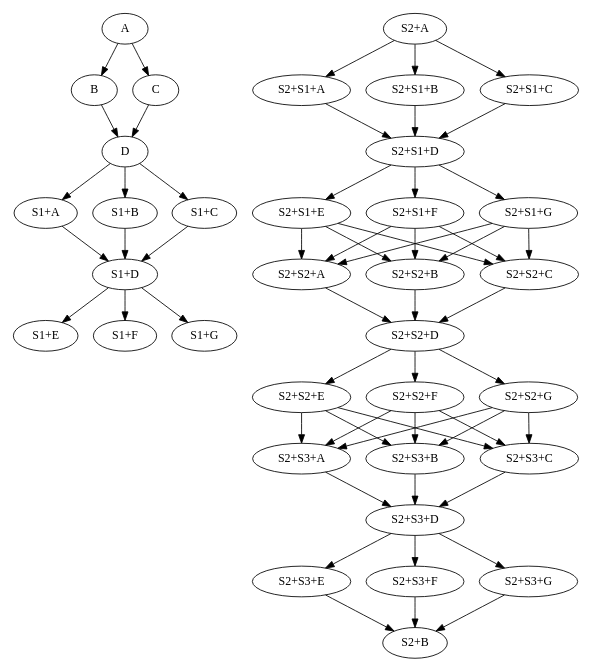
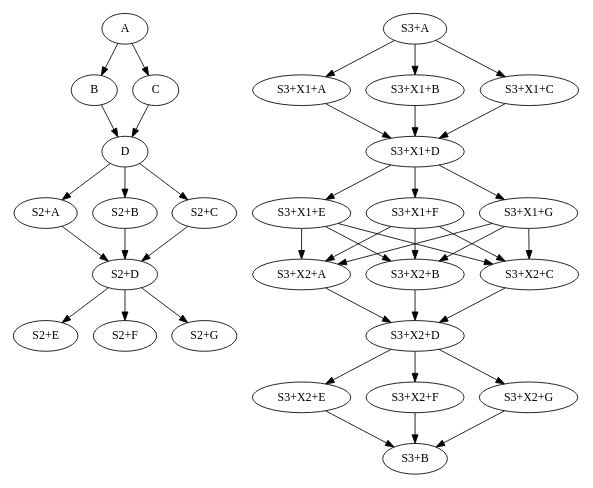
One commit to htcondor/htcondor changed the diagram in doc/user-man/splice-complex.dot. Above: the diagram before and after it, drawn with Graphviz. The commit also changed 6 other files, not shown here.

```diff
--- a/doc/user-man/splice-complex.dot
+++ b/doc/user-man/splice-complex.dot
@@ -1,94 +1,76 @@
 digraph DAG {
 	size = "6,7"
 
     "A" [shape=ellipse label="A"];
     "B" [shape=ellipse label="B"];
     "C" [shape=ellipse label="C"];
     "D" [shape=ellipse label="D"];
+
     "S2+A" [shape=ellipse label="S2+A"];
     "S2+B" [shape=ellipse label="S2+B"];
-    "S2+S2+A" [shape=ellipse label="S2+S2+A"];
-    "S2+S2+B" [shape=ellipse label="S2+S2+B"];
-    "S2+S2+C" [shape=ellipse label="S2+S2+C"];
-    "S2+S2+D" [shape=ellipse label="S2+S2+D"];
-    "S2+S2+E" [shape=ellipse label="S2+S2+E"];
-    "S2+S2+F" [shape=ellipse label="S2+S2+F"];
-    "S2+S2+G" [shape=ellipse label="S2+S2+G"];
-    "S2+S3+A" [shape=ellipse label="S2+S3+A"];
-    "S2+S3+B" [shape=ellipse label="S2+S3+B"];
-    "S2+S3+C" [shape=ellipse label="S2+S3+C"];
-    "S2+S3+D" [shape=ellipse label="S2+S3+D"];
-    "S2+S3+E" [shape=ellipse label="S2+S3+E"];
-    "S2+S3+F" [shape=ellipse label="S2+S3+F"];
-    "S2+S3+G" [shape=ellipse label="S2+S3+G"];
-    "S2+S1+A" [shape=ellipse label="S2+S1+A"];
-    "S2+S1+B" [shape=ellipse label="S2+S1+B"];
-    "S2+S1+C" [shape=ellipse label="S2+S1+C"];
-    "S2+S1+D" [shape=ellipse label="S2+S1+D"];
-    "S2+S1+E" [shape=ellipse label="S2+S1+E"];
-    "S2+S1+F" [shape=ellipse label="S2+S1+F"];
-    "S2+S1+G" [shape=ellipse label="S2+S1+G"];
-    "S1+A" [shape=ellipse label="S1+A"];
-    "S1+B" [shape=ellipse label="S1+B"];
-    "S1+C" [shape=ellipse label="S1+C"];
-    "S1+D" [shape=ellipse label="S1+D"];
-    "S1+E" [shape=ellipse label="S1+E"];
-    "S1+F" [shape=ellipse label="S1+F"];
-    "S1+G" [shape=ellipse label="S1+G"];
+    "S2+C" [shape=ellipse label="S2+C"];
+    "S2+D" [shape=ellipse label="S2+D"];
+    "S2+E" [shape=ellipse label="S2+E"];
+    "S2+F" [shape=ellipse label="S2+F"];
+    "S2+G" [shape=ellipse label="S2+G"];
+
+    "S3+A" [shape=ellipse label="S3+A"];
+    "S3+B" [shape=ellipse label="S3+B"];
+    "S3+X1+A" [shape=ellipse label="S3+X1+A"];
+    "S3+X1+B" [shape=ellipse label="S3+X1+B"];
+    "S3+X1+C" [shape=ellipse label="S3+X1+C"];
+    "S3+X1+D" [shape=ellipse label="S3+X1+D"];
+    "S3+X1+E" [shape=ellipse label="S3+X1+E"];
+    "S3+X1+F" [shape=ellipse label="S3+X1+F"];
+    "S3+X1+G" [shape=ellipse label="S3+X1+G"];
+    "S3+X2+A" [shape=ellipse label="S3+X2+A"];
+    "S3+X2+B" [shape=ellipse label="S3+X2+B"];
+    "S3+X2+C" [shape=ellipse label="S3+X2+C"];
+    "S3+X2+D" [shape=ellipse label="S3+X2+D"];
+    "S3+X2+E" [shape=ellipse label="S3+X2+E"];
+    "S3+X2+F" [shape=ellipse label="S3+X2+F"];
+    "S3+X2+G" [shape=ellipse label="S3+X2+G"];
 
     "A" -> "B";
     "A" -> "C";
     "B" -> "D";
     "C" -> "D";
-    "D" -> "S1+A";
-    "D" -> "S1+B";
-    "D" -> "S1+C";
-    "S2+A" -> "S2+S1+A";
-    "S2+A" -> "S2+S1+B";
-    "S2+A" -> "S2+S1+C";
-    "S2+S2+A" -> "S2+S2+D";
-    "S2+S2+B" -> "S2+S2+D";
-    "S2+S2+C" -> "S2+S2+D";
-    "S2+S2+D" -> "S2+S2+E";
-    "S2+S2+D" -> "S2+S2+F";
-    "S2+S2+D" -> "S2+S2+G";
-    "S2+S2+E" -> "S2+S3+A";
-    "S2+S2+E" -> "S2+S3+B";
-    "S2+S2+E" -> "S2+S3+C";
-    "S2+S2+F" -> "S2+S3+A";
-    "S2+S2+F" -> "S2+S3+B";
-    "S2+S2+F" -> "S2+S3+C";
-    "S2+S2+G" -> "S2+S3+A";
-    "S2+S2+G" -> "S2+S3+B";
-    "S2+S2+G" -> "S2+S3+C";
-    "S2+S3+A" -> "S2+S3+D";
-    "S2+S3+B" -> "S2+S3+D";
-    "S2+S3+C" -> "S2+S3+D";
-    "S2+S3+D" -> "S2+S3+E";
-    "S2+S3+D" -> "S2+S3+F";
-    "S2+S3+D" -> "S2+S3+G";
-    "S2+S3+E" -> "S2+B";
-    "S2+S3+F" -> "S2+B";
-    "S2+S3+G" -> "S2+B";
-    "S2+S1+A" -> "S2+S1+D";
-    "S2+S1+B" -> "S2+S1+D";
-    "S2+S1+C" -> "S2+S1+D";
-    "S2+S1+D" -> "S2+S1+E";
-    "S2+S1+D" -> "S2+S1+F";
-    "S2+S1+D" -> "S2+S1+G";
-    "S2+S1+E" -> "S2+S2+A";
-    "S2+S1+E" -> "S2+S2+B";
-    "S2+S1+E" -> "S2+S2+C";
-    "S2+S1+F" -> "S2+S2+A";
-    "S2+S1+F" -> "S2+S2+B";
-    "S2+S1+F" -> "S2+S2+C";
-    "S2+S1+G" -> "S2+S2+A";
-    "S2+S1+G" -> "S2+S2+B";
-    "S2+S1+G" -> "S2+S2+C";
-    "S1+A" -> "S1+D";
-    "S1+B" -> "S1+D";
-    "S1+C" -> "S1+D";
-    "S1+D" -> "S1+E";
-    "S1+D" -> "S1+F";
-    "S1+D" -> "S1+G";
+    "D" -> "S2+A";
+    "D" -> "S2+B";
+    "D" -> "S2+C";
+    "S2+A" -> "S2+D";
+    "S2+B" -> "S2+D";
+    "S2+C" -> "S2+D";
+    "S2+D" -> "S2+E";
+    "S2+D" -> "S2+F";
+    "S2+D" -> "S2+G";
+
+    "S3+A" -> "S3+X1+A";
+    "S3+A" -> "S3+X1+B";
+    "S3+A" -> "S3+X1+C";
+    "S3+X1+A" -> "S3+X1+D";
+    "S3+X1+B" -> "S3+X1+D";
+    "S3+X1+C" -> "S3+X1+D";
+    "S3+X1+D" -> "S3+X1+E";
+    "S3+X1+D" -> "S3+X1+F";
+    "S3+X1+D" -> "S3+X1+G";
+    "S3+X1+E" -> "S3+X2+A";
+    "S3+X1+E" -> "S3+X2+B";
+    "S3+X1+E" -> "S3+X2+C";
+    "S3+X1+F" -> "S3+X2+A";
+    "S3+X1+F" -> "S3+X2+B";
+    "S3+X1+F" -> "S3+X2+C";
+    "S3+X1+G" -> "S3+X2+A";
+    "S3+X1+G" -> "S3+X2+B";
+    "S3+X1+G" -> "S3+X2+C";
+    "S3+X2+A" -> "S3+X2+D";
+    "S3+X2+B" -> "S3+X2+D";
+    "S3+X2+C" -> "S3+X2+D";
+    "S3+X2+D" -> "S3+X2+E";
+    "S3+X2+D" -> "S3+X2+F";
+    "S3+X2+D" -> "S3+X2+G";
+    "S3+X2+E" -> "S3+B";
+    "S3+X2+F" -> "S3+B";
+    "S3+X2+G" -> "S3+B";
+
 }
```
